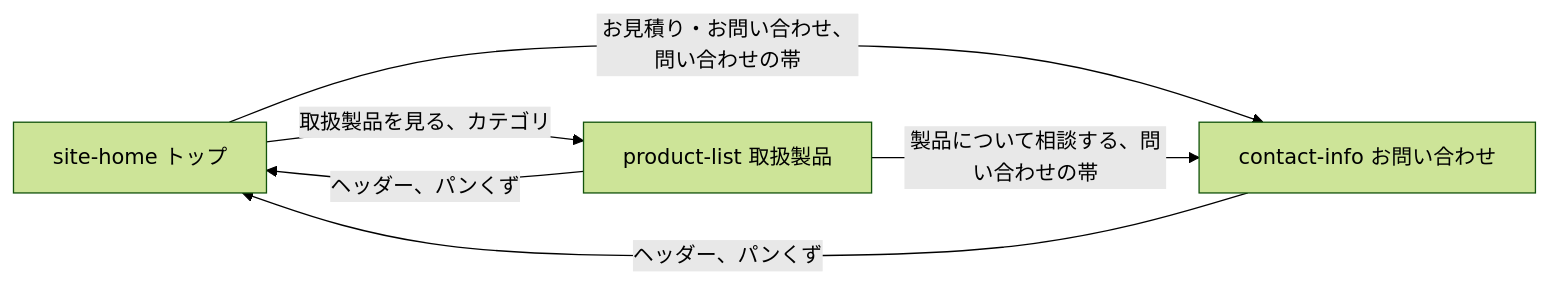
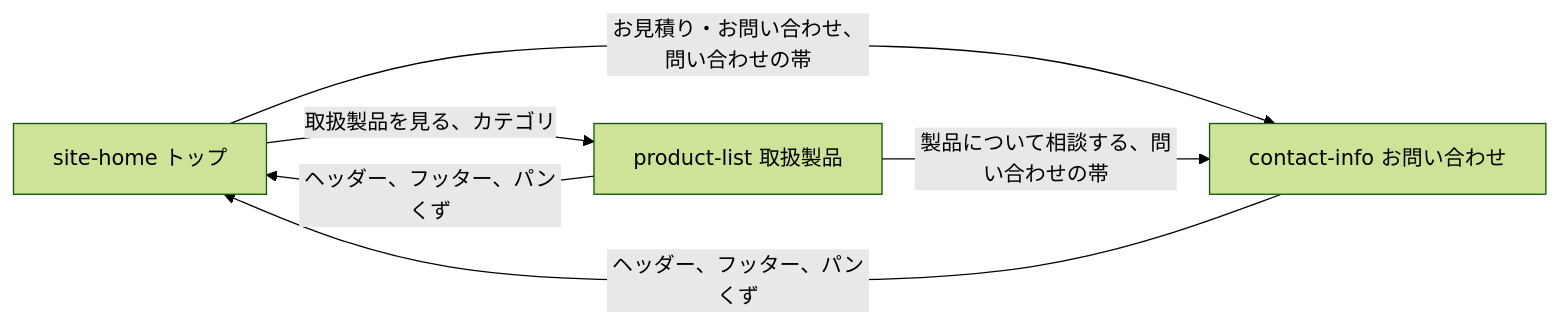
Before and after one commit to Fukuemon/kufu-apps: the diagram in docs/screens/index.md, drawn with Mermaid (forest theme). The commit also changed other lines of this file and 1 other file, not shown here.

Commit message:
docs(screens): フッターが全ての画面で同じ形であることに画面の間の遷移を合わせる #105

````diff
--- a/docs/screens/index.md
+++ b/docs/screens/index.md
@@ -47,11 +47,11 @@
 ```mermaid
 flowchart LR
   home["site-home トップ"]
   products["product-list 取扱製品"]
   contact["contact-info お問い合わせ"]
   home -->|"取扱製品を見る、カテゴリ"| products
   home -->|"お見積り・お問い合わせ、問い合わせの帯"| contact
   products -->|"製品について相談する、問い合わせの帯"| contact
-  products -->|"ヘッダー、パンくず"| home
-  contact -->|"ヘッダー、パンくず"| home
+  products -->|"ヘッダー、フッター、パンくず"| home
+  contact -->|"ヘッダー、フッター、パンくず"| home
 ```
````
